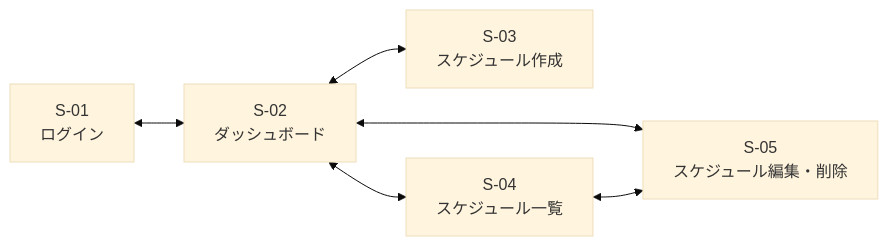
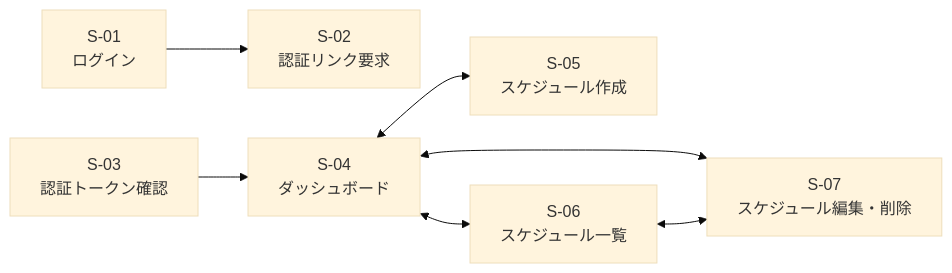
Before and after one commit to osawa-naotaka/vtunehub: the third of 12 diagrams in doc/devel/PHASE_01/01_05_FUNCTIONAL_SPEC.md, drawn with Mermaid (base theme). The commit also changed other lines of this file and 4 other files, not shown here.

````diff
--- a/doc/devel/PHASE_01/01_05_FUNCTIONAL_SPEC.md
+++ b/doc/devel/PHASE_01/01_05_FUNCTIONAL_SPEC.md
@@ -137,14 +137,17 @@
 ```mermaid
 graph LR
   S_01_LOGIN[S-01<br>ログイン]
-  S_02_DASHBOARD[S-02<BR>ダッシュボード]
-  S_03_SCHED_CREATE[S-03<BR>スケジュール作成]
-  S_04_SCHED_LIST[S-04<BR>スケジュール一覧]
-  S_05_SCHED_EDIT[S-05<BR>スケジュール編集・削除]
+  S_02_SENT[S-02<br>認証リンク要求]
+  S_03_VERIFY[S-03<br>認証トークン確認]
+  S_04_DASHBOARD[S-04<BR>ダッシュボード]
+  S_05_SCHED_CREATE[S-05<BR>スケジュール作成]
+  S_06_SCHED_LIST[S-06<BR>スケジュール一覧]
+  S_07_SCHED_EDIT[S-07<BR>スケジュール編集・削除]
 
-  S_01_LOGIN <--> S_02_DASHBOARD
-  S_02_DASHBOARD <--> S_04_SCHED_LIST
-  S_02_DASHBOARD <--> S_05_SCHED_EDIT
-  S_02_DASHBOARD <--> S_03_SCHED_CREATE
-  S_04_SCHED_LIST <--> S_05_SCHED_EDIT
+  S_01_LOGIN --> S_02_SENT
+  S_03_VERIFY --> S_04_DASHBOARD
+  S_04_DASHBOARD <--> S_06_SCHED_LIST
+  S_04_DASHBOARD <--> S_07_SCHED_EDIT
+  S_04_DASHBOARD <--> S_05_SCHED_CREATE
+  S_06_SCHED_LIST <--> S_07_SCHED_EDIT
 ```
````
